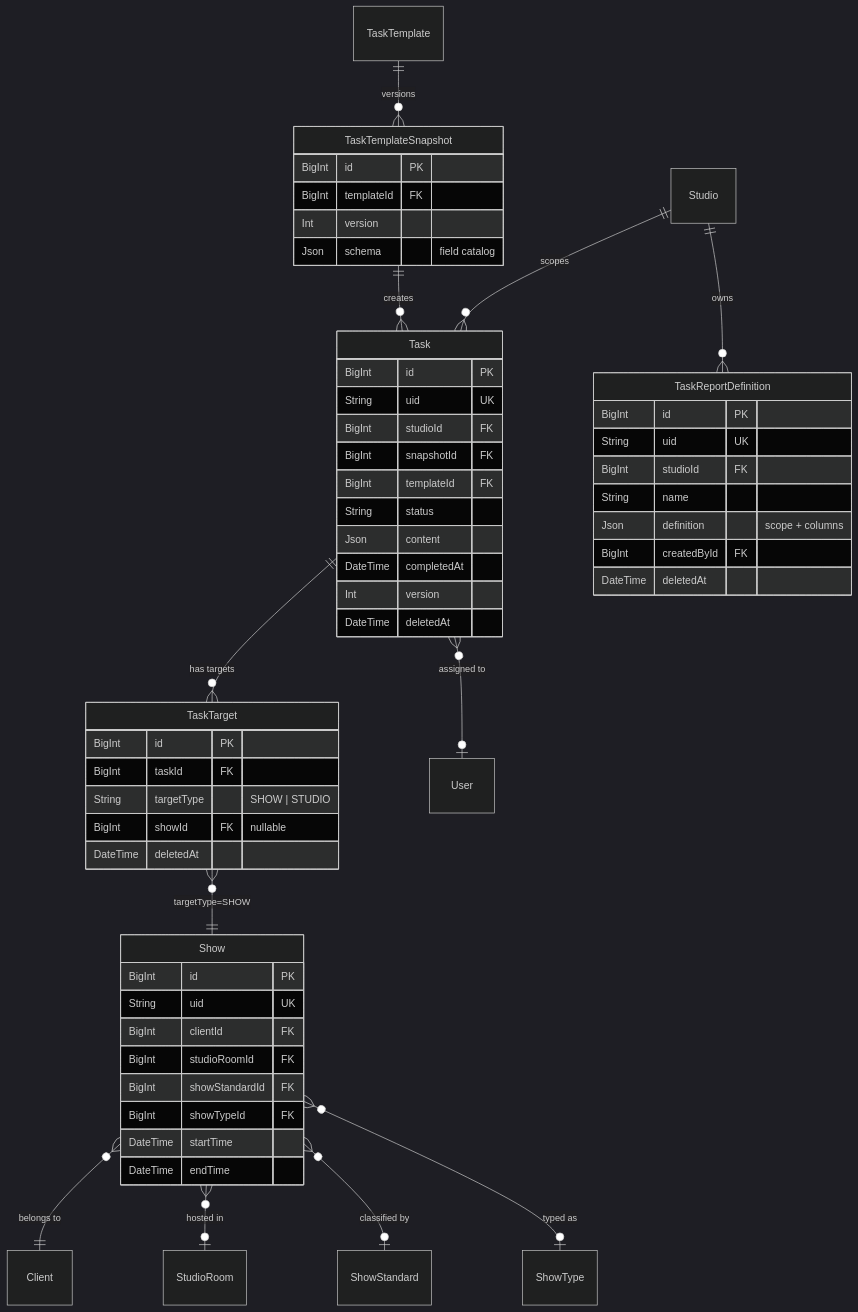
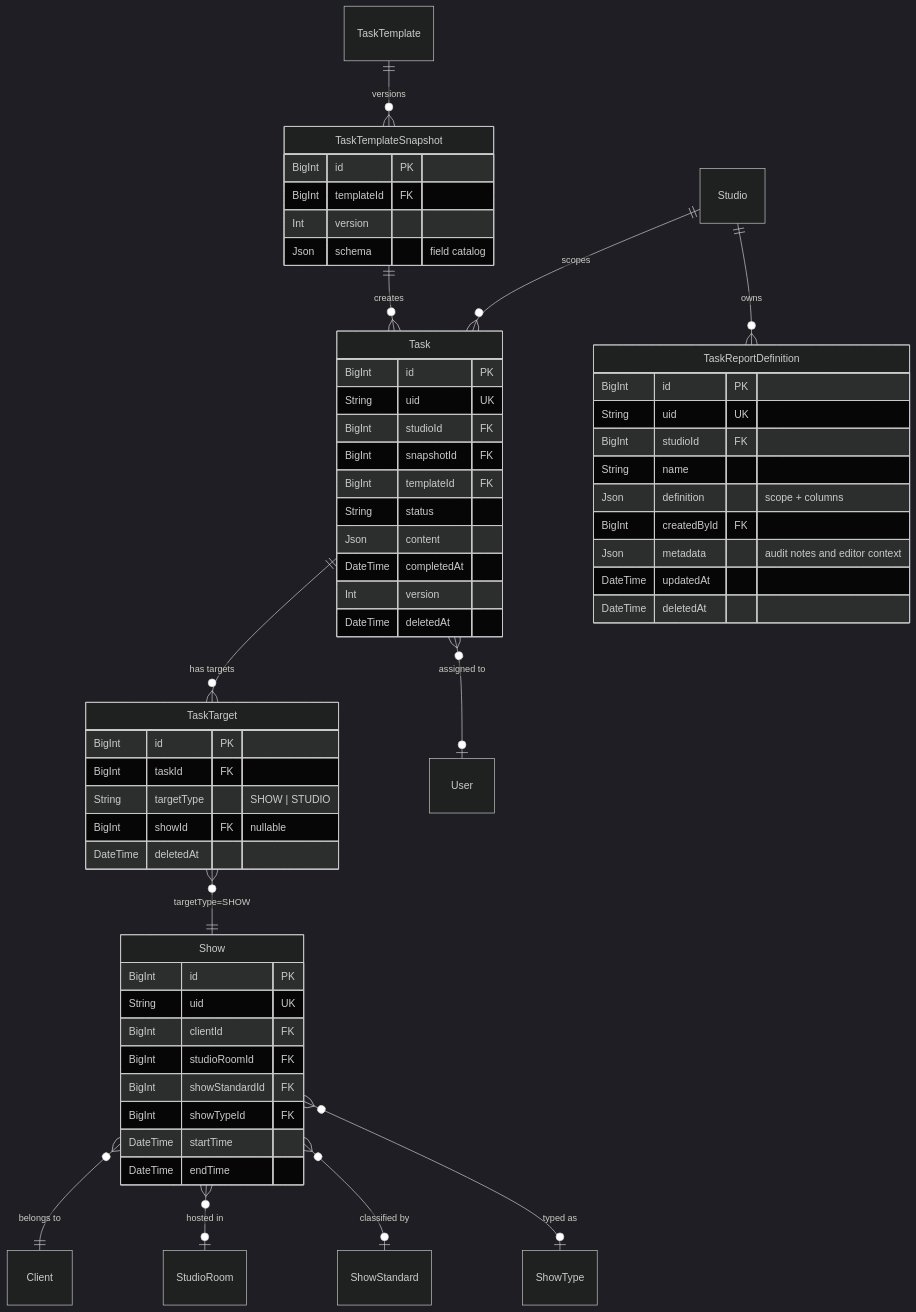
One commit to allenlin90/eridu-services changed the first of 4 diagrams in apps/erify_api/docs/design/TASK_SUBMISSION_REPORTING_DESIGN.md. Above: the diagram before and after it, drawn with Mermaid (dark theme). The commit also changed other lines of this file and 2 other files, not shown here.

Commit message:
feat(erify_api): add task report definition prisma model

````diff
--- a/apps/erify_api/docs/design/TASK_SUBMISSION_REPORTING_DESIGN.md
+++ b/apps/erify_api/docs/design/TASK_SUBMISSION_REPORTING_DESIGN.md
@@ -425,63 +425,65 @@
 ```mermaid
 erDiagram
     Studio ||--o{ Task : "scopes"
     Studio ||--o{ TaskReportDefinition : "owns"
     TaskTemplate ||--o{ TaskTemplateSnapshot : "versions"
     TaskTemplateSnapshot ||--o{ Task : "creates"
     Task ||--o{ TaskTarget : "has targets"
     TaskTarget }o--|| Show : "targetType=SHOW"
     Show }o--|| Client : "belongs to"
     Show }o--o| StudioRoom : "hosted in"
     Show }o--o| ShowStandard : "classified by"
     Show }o--o| ShowType : "typed as"
     Task }o--o| User : "assigned to"
 
     Task {
         BigInt id PK
         String uid UK
         BigInt studioId FK
         BigInt snapshotId FK
         BigInt templateId FK
         String status
         Json content
         DateTime completedAt
         Int version
         DateTime deletedAt
     }
 
     TaskTarget {
         BigInt id PK
         BigInt taskId FK
         String targetType "SHOW | STUDIO"
         BigInt showId FK "nullable"
         DateTime deletedAt
     }
 
     TaskReportDefinition {
         BigInt id PK
         String uid UK
         BigInt studioId FK
         String name
         Json definition "scope + columns"
         BigInt createdById FK
+        Json metadata "audit notes and editor context"
+        DateTime updatedAt
         DateTime deletedAt
     }
 
     TaskTemplateSnapshot {
         BigInt id PK
         BigInt templateId FK
         Int version
         Json schema "field catalog"
     }
 
     Show {
         BigInt id PK
         String uid UK
         BigInt clientId FK
         BigInt studioRoomId FK
         BigInt showStandardId FK
         BigInt showTypeId FK
         DateTime startTime
         DateTime endTime
     }
 ```
````
